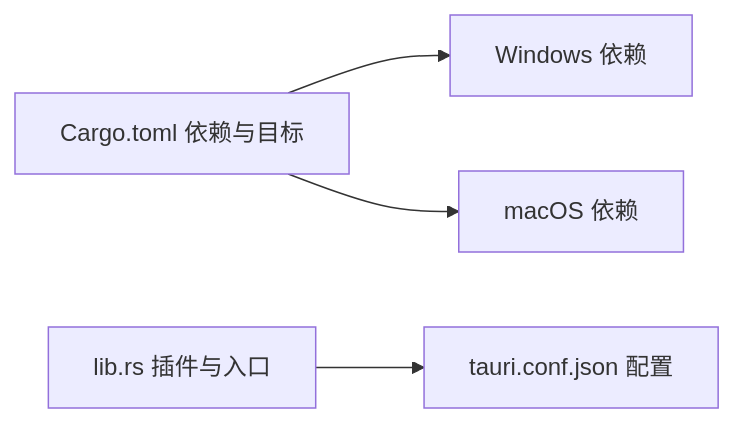
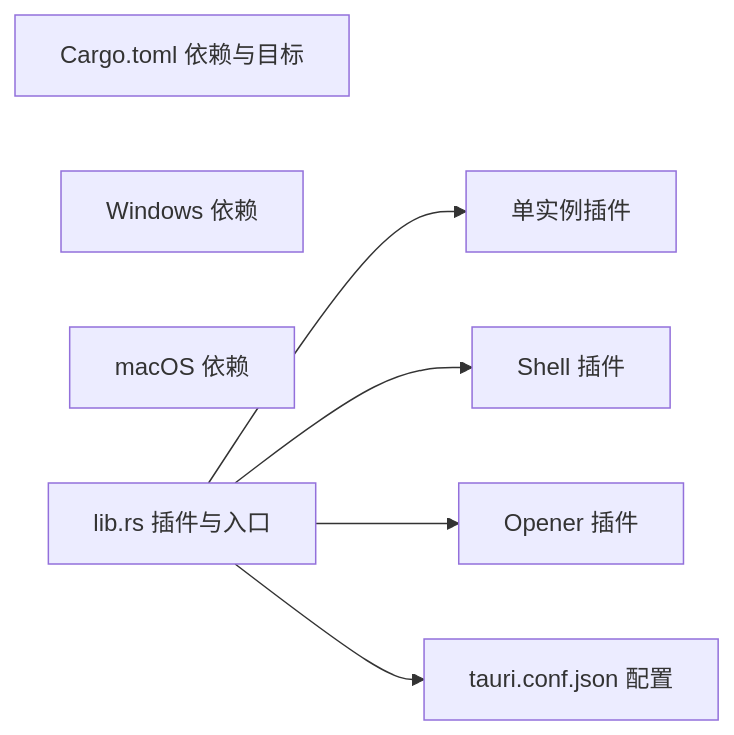
The ninth of 9 diagrams in .qoder/repowiki/zh/content/后端开发指南/平台集成.md (xdongliang/IPSwitcher), drawn with Mermaid before and after one commit. The commit also changed other lines of this file and 3 other files, not shown here.

````diff
--- a/.qoder/repowiki/zh/content/后端开发指南/平台集成.md
+++ b/.qoder/repowiki/zh/content/后端开发指南/平台集成.md
@@ -376,11 +447,15 @@
 ```mermaid
 graph LR
 Cargo["Cargo.toml 依赖与目标"]
 WinDep["Windows 依赖"]
 MacDep["macOS 依赖"]
 Lib["lib.rs 插件与入口"]
 Conf["tauri.conf.json 配置"]
-Cargo --> WinDep
-Cargo --> MacDep
+Single["单实例插件"]
+Shell["Shell 插件"]
+Opener["Opener 插件"]
+Lib --> Single
+Lib --> Shell
+Lib --> Opener
 Lib --> Conf
 ```
````
